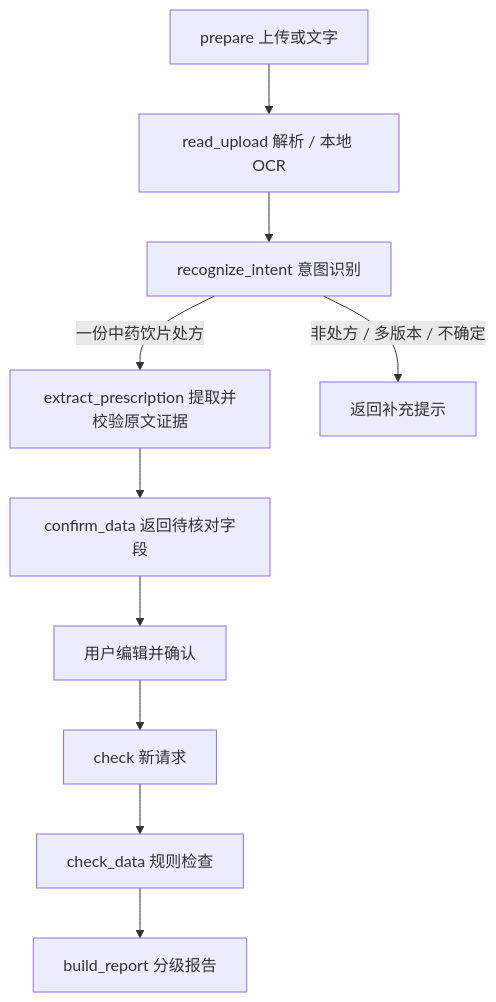
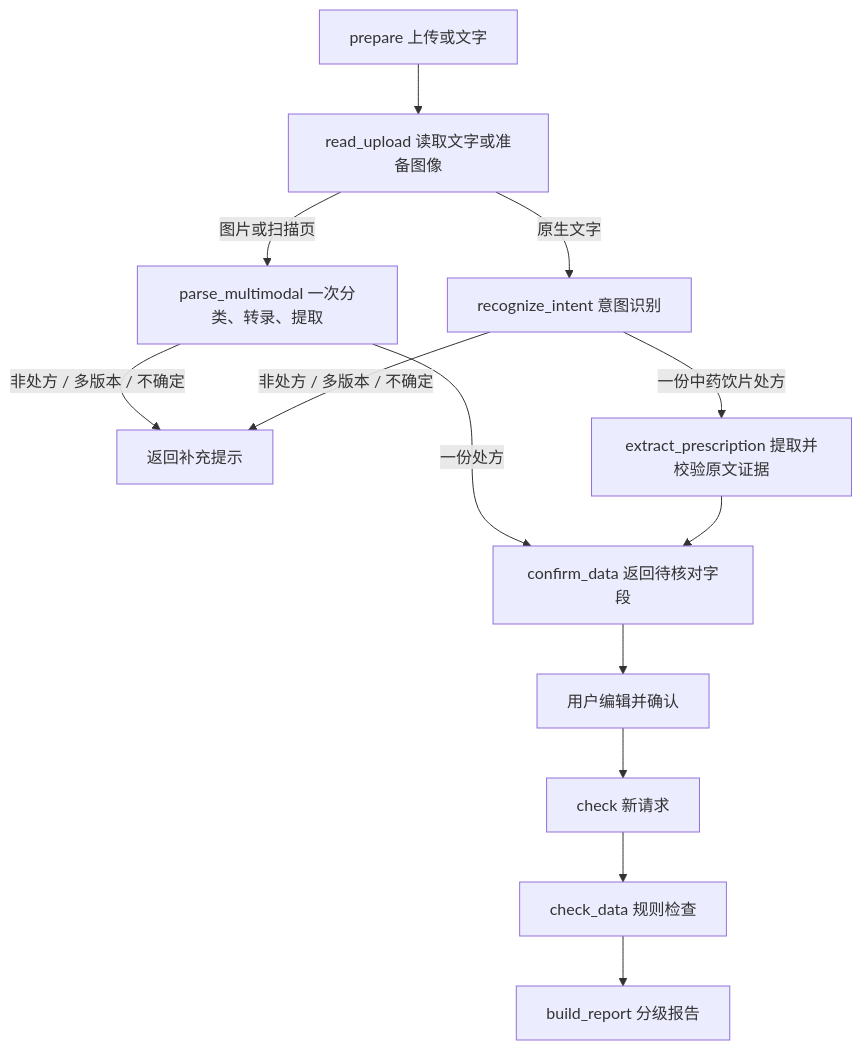
Before and after one commit to 17346733172/zhongcao: the diagram in docs/PRESCRIPTION-AGENT.md, drawn with Mermaid. The commit also changed other lines of this file and 296 other files, not shown here.

````diff
--- a/docs/PRESCRIPTION-AGENT.md
+++ b/docs/PRESCRIPTION-AGENT.md
@@ -25,12 +25,15 @@
 ```mermaid
 flowchart TD
-  A[prepare 上传或文字] --> B[read_upload 解析 / 本地 OCR]
-  B --> C[recognize_intent 意图识别]
+  A[prepare 上传或文字] --> B[read_upload 读取文字或准备图像]
+  B -->|原生文字| C[recognize_intent 意图识别]
+  B -->|图片或扫描页| V[parse_multimodal 一次分类、转录、提取]
+  V -->|一份处方| F
+  V -->|非处方 / 多版本 / 不确定| E
   C -->|一份中药饮片处方| D[extract_prescription 提取并校验原文证据]
   C -->|非处方 / 多版本 / 不确定| E[返回补充提示]
   D --> F[confirm_data 返回待核对字段]
   F --> G[用户编辑并确认]
   G --> H[check 新请求]
   H --> I[check_data 规则检查]
   I --> J[build_report 分级报告]
 ```
````
